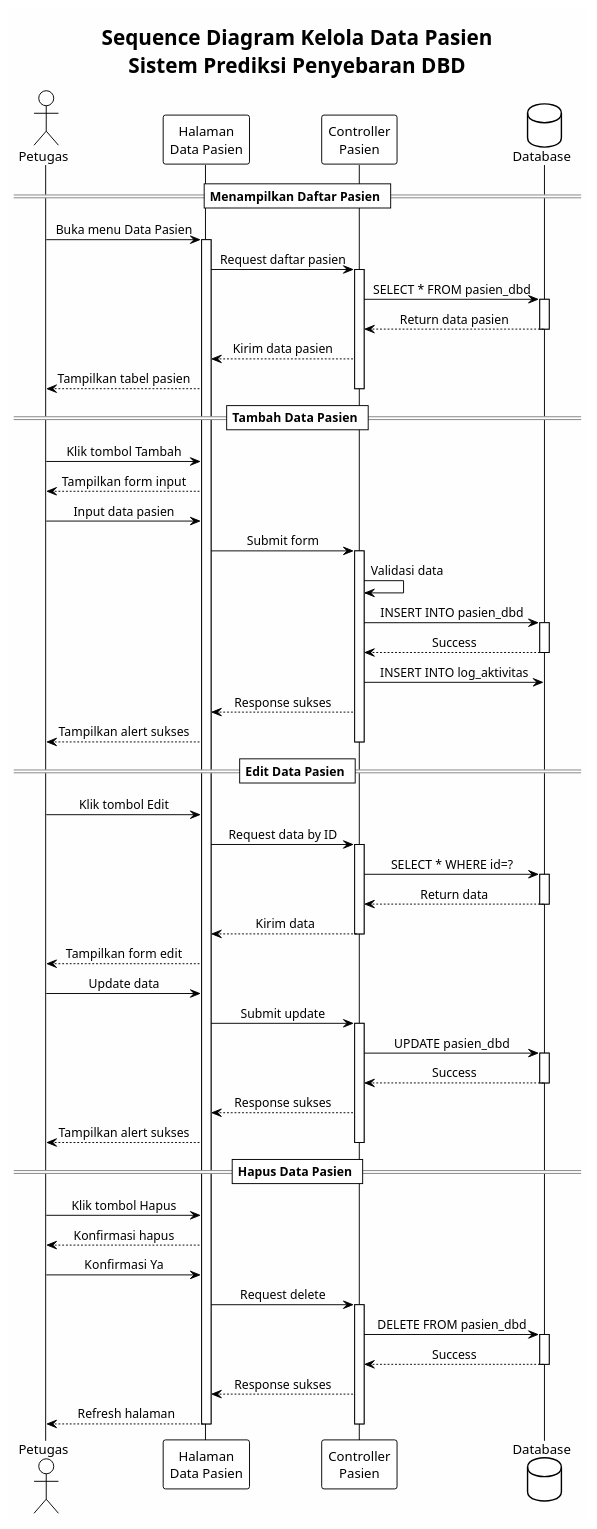
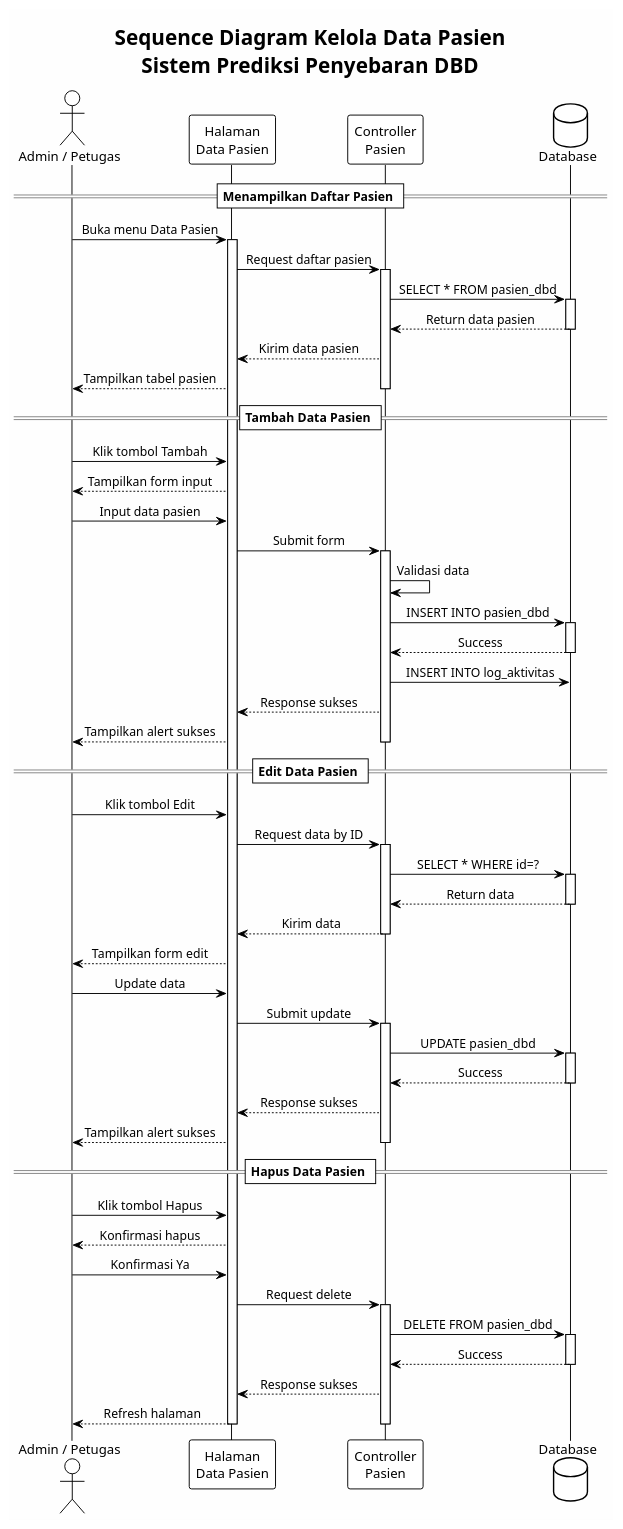
One commit to Suwardi87/prediksi-DBD changed the diagram in Dokumen/UML/sequence_diagram_kelola_pasien.puml. Above: the diagram before and after it, drawn with PlantUML. The commit also changed 43 other files, not shown here.

```diff
--- a/Dokumen/UML/sequence_diagram_kelola_pasien.puml
+++ b/Dokumen/UML/sequence_diagram_kelola_pasien.puml
@@ -1,89 +1,89 @@
 @startuml sequence_diagram_kelola_pasien
 !theme plain
 skinparam backgroundColor #FEFEFE
 skinparam sequenceMessageAlign center
 
 title Sequence Diagram Kelola Data Pasien\nSistem Prediksi Penyebaran DBD
 
-actor "Petugas" as User
+actor "Admin / Petugas" as User
 participant "Halaman\nData Pasien" as Page
 participant "Controller\nPasien" as Controller
 database "Database" as DB
 
 == Menampilkan Daftar Pasien ==
 User -> Page : Buka menu Data Pasien
 activate Page
 
 Page -> Controller : Request daftar pasien
 activate Controller
 
 Controller -> DB : SELECT * FROM pasien_dbd
 activate DB
 DB --> Controller : Return data pasien
 deactivate DB
 
 Controller --> Page : Kirim data pasien
 Page --> User : Tampilkan tabel pasien
 deactivate Controller
 
 == Tambah Data Pasien ==
 User -> Page : Klik tombol Tambah
 Page --> User : Tampilkan form input
 
 User -> Page : Input data pasien
 Page -> Controller : Submit form
 activate Controller
 
 Controller -> Controller : Validasi data
 Controller -> DB : INSERT INTO pasien_dbd
 activate DB
 DB --> Controller : Success
 deactivate DB
 
 Controller -> DB : INSERT INTO log_aktivitas
 Controller --> Page : Response sukses
 Page --> User : Tampilkan alert sukses
 
 deactivate Controller
 
 == Edit Data Pasien ==
 User -> Page : Klik tombol Edit
 Page -> Controller : Request data by ID
 activate Controller
 Controller -> DB : SELECT * WHERE id=?
 activate DB
 DB --> Controller : Return data
 deactivate DB
 Controller --> Page : Kirim data
 deactivate Controller
 Page --> User : Tampilkan form edit
 
 User -> Page : Update data
 Page -> Controller : Submit update
 activate Controller
 Controller -> DB : UPDATE pasien_dbd
 activate DB
 DB --> Controller : Success
 deactivate DB
 Controller --> Page : Response sukses
 Page --> User : Tampilkan alert sukses
 deactivate Controller
 
 == Hapus Data Pasien ==
 User -> Page : Klik tombol Hapus
 Page --> User : Konfirmasi hapus
 
 User -> Page : Konfirmasi Ya
 Page -> Controller : Request delete
 activate Controller
 Controller -> DB : DELETE FROM pasien_dbd
 activate DB
 DB --> Controller : Success
 deactivate DB
 Controller --> Page : Response sukses
 Page --> User : Refresh halaman
 deactivate Controller
 
 deactivate Page
 
 @enduml
```
